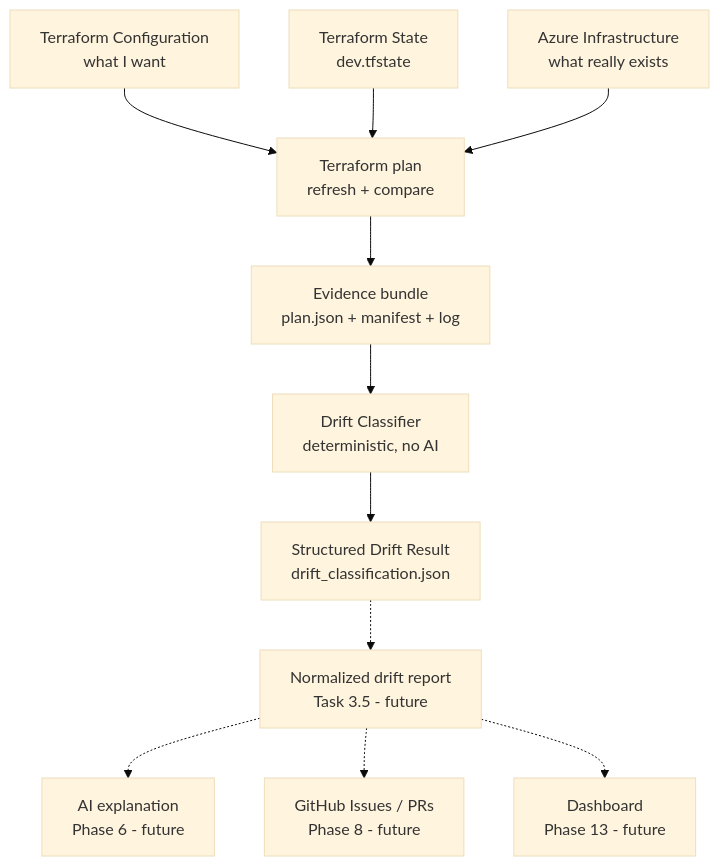
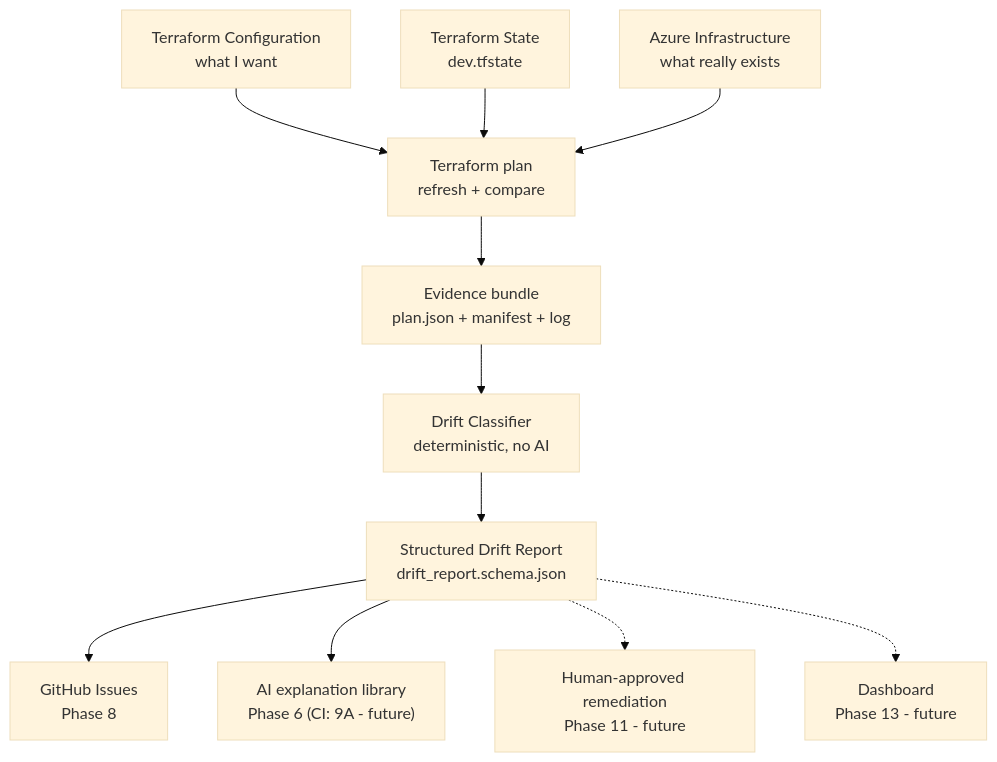
One commit to HarshAgarwal1102/ai-terraform-drift-detector changed the first of 11 diagrams in docs/MASTER_PROJECT_GUIDE.md. Above: the diagram before and after it, drawn with Mermaid (base theme). The commit also changed other lines of this file and 3 other files, not shown here.

````diff
--- a/docs/MASTER_PROJECT_GUIDE.md
+++ b/docs/MASTER_PROJECT_GUIDE.md
@@ -123,13 +132,13 @@
 ```mermaid
 flowchart TD
     CFG["Terraform Configuration<br/>what I want"] --> TF["Terraform plan<br/>refresh + compare"]
     STATE["Terraform State<br/>dev.tfstate"] --> TF
     AZ["Azure Infrastructure<br/>what really exists"] --> TF
     TF --> EV["Evidence bundle<br/>plan.json + manifest + log"]
     EV --> CL["Drift Classifier<br/>deterministic, no AI"]
-    CL --> RES["Structured Drift Result<br/>drift_classification.json"]
-    RES -.-> SCHEMA["Normalized drift report<br/>Task 3.5 - future"]
-    SCHEMA -.-> AI["AI explanation<br/>Phase 6 - future"]
-    SCHEMA -.-> GH["GitHub Issues / PRs<br/>Phase 8 - future"]
-    SCHEMA -.-> DASH["Dashboard<br/>Phase 13 - future"]
+    CL --> RES["Structured Drift Report<br/>drift_report.schema.json"]
+    RES --> GH["GitHub Issues<br/>Phase 8"]
+    RES --> AI["AI explanation library<br/>Phase 6 (CI: 9A - future)"]
+    RES -.-> FIX["Human-approved remediation<br/>Phase 11 - future"]
+    RES -.-> DASH["Dashboard<br/>Phase 13 - future"]
 ```
````
